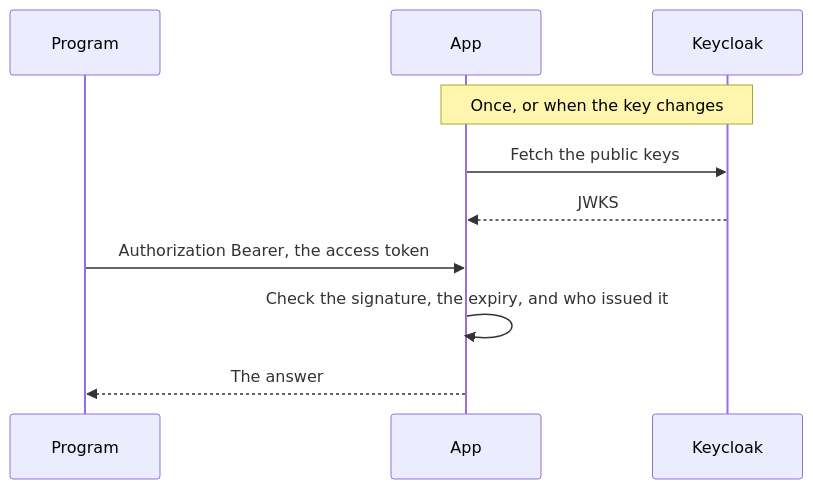
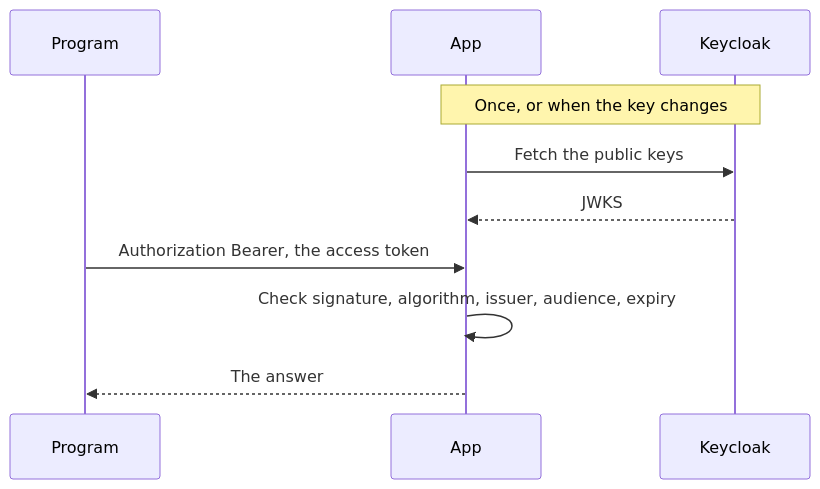
Before and after one commit to tgogos/CS_notes: the seventh of 7 diagrams in auth/README.md, drawn with Mermaid. The commit also changed other lines of this file, not shown here.

````diff
--- a/auth/README.md
+++ b/auth/README.md
@@ -229,13 +246,13 @@
 ```mermaid
 sequenceDiagram
   participant Program
   participant App
   participant Keycloak
 
   Note over App,Keycloak: Once, or when the key changes
   App->>Keycloak: Fetch the public keys
   Keycloak-->>App: JWKS
   Program->>App: Authorization Bearer, the access token
-  App->>App: Check the signature, the expiry, and who issued it
+  App->>App: Check signature, algorithm, issuer, audience, expiry
   App-->>Program: The answer
 ```
````
